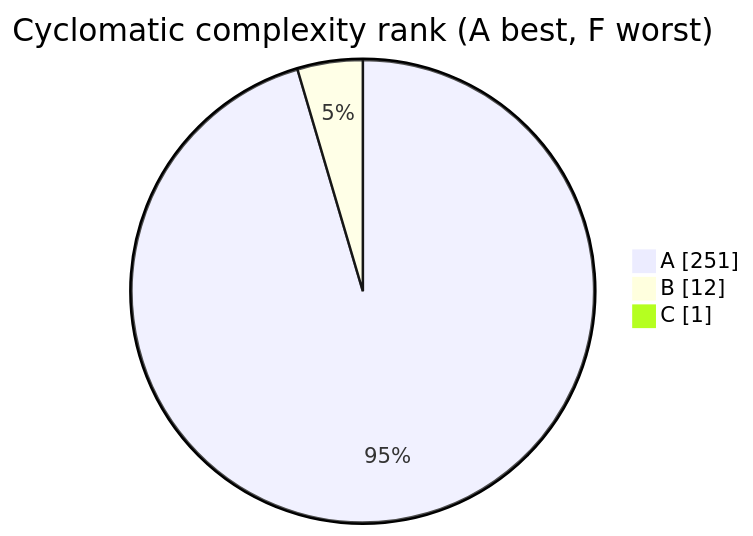
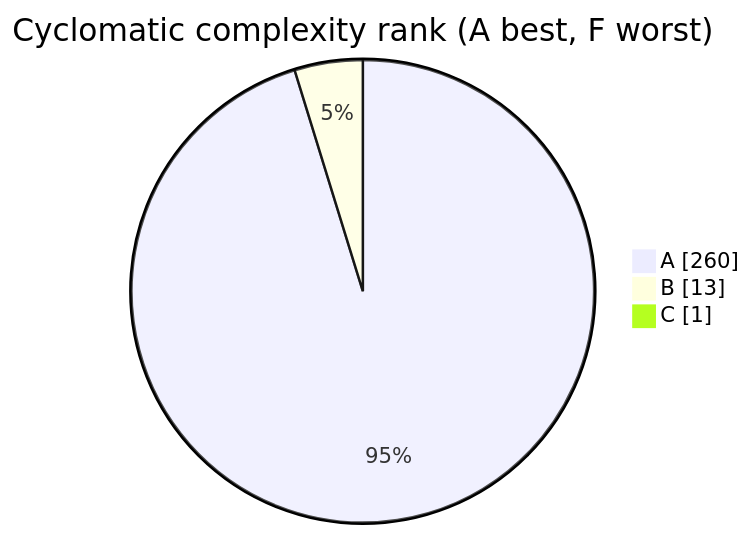
The diagram in docs/wiki/generated/complexity.md (Kgotso-Koete/fastapi-clean-example), drawn with Mermaid before and after one commit. The commit also changed other lines of this file and 60 other files, not shown here.

````diff
--- a/docs/wiki/generated/complexity.md
+++ b/docs/wiki/generated/complexity.md
@@ -27,8 +27,8 @@
     ```mermaid
     %%{init: {"theme": "default", "themeVariables": {"fontSize": "14px"}, "flowchart": {"nodeSpacing": 20, "rankSpacing": 16, "padding": 10, "subGraphTitleMargin": {"top": 5, "bottom": 12}, "useMaxWidth": false}}}%%
     pie showData
         title Cyclomatic complexity rank (A best, F worst)
-        "A" : 251
-        "B" : 12
+        "A" : 260
+        "B" : 13
         "C" : 1
     ```
````
